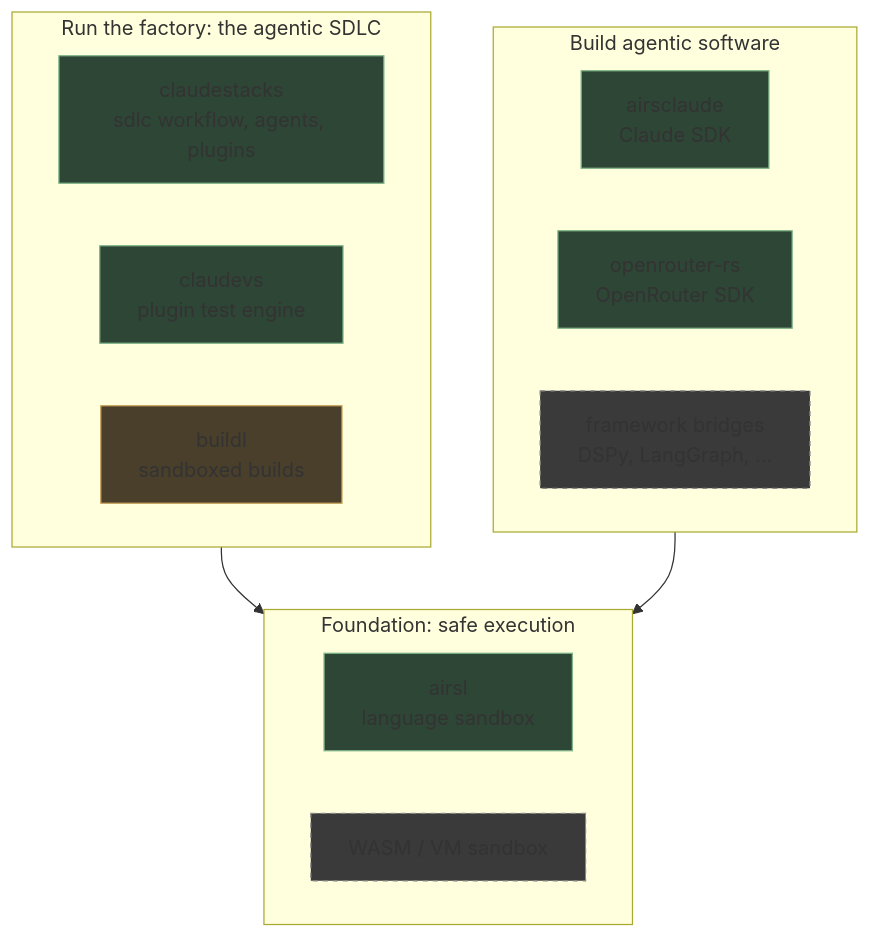
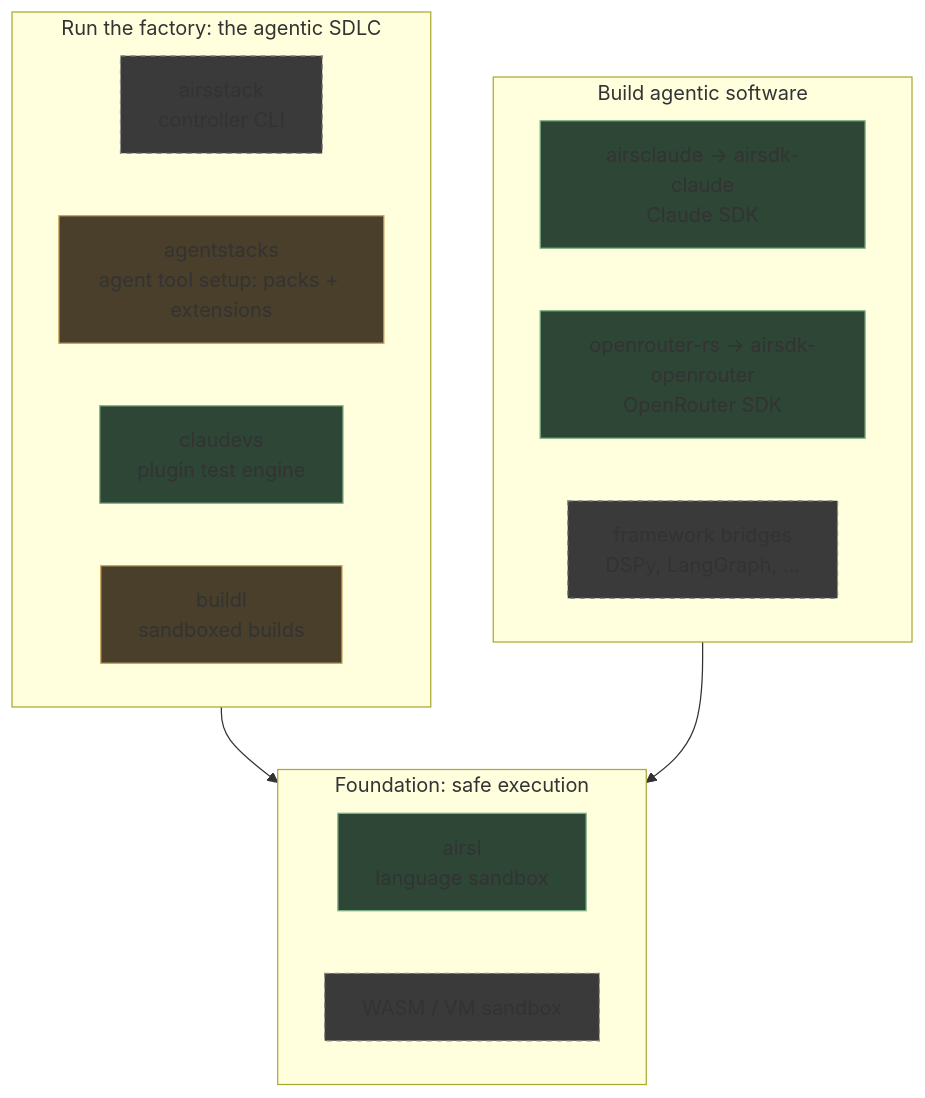
One commit to airsstack/.github changed the diagram in profile/README.md. Above: the diagram before and after it, drawn with Mermaid. The commit also changed other lines of this file, not shown here.

First line of the commit message:
docs(profile): agentstacks released, claudestacks archived

````diff
--- a/profile/README.md
+++ b/profile/README.md
@@ -19,35 +19,37 @@
 ```mermaid
 %% airsstack map
 flowchart TB
     subgraph A["Run the factory: the agentic SDLC"]
         direction LR
-        SDLC["claudestacks<br/>sdlc workflow, agents, plugins"]
+        CTL["airsstack<br/>controller CLI"]
+        SDLC["agentstacks<br/>agent tool setup: packs + extensions"]
         CVS["claudevs<br/>plugin test engine"]
         BUILD["buildl<br/>sandboxed builds"]
     end
 
     subgraph B["Build agentic software"]
         direction LR
-        CLAUDE["airsclaude<br/>Claude SDK"]
-        OR["openrouter-rs<br/>OpenRouter SDK"]
+        CLAUDE["airsclaude → airsdk-claude<br/>Claude SDK"]
+        OR["openrouter-rs → airsdk-openrouter<br/>OpenRouter SDK"]
         BRIDGE["framework bridges<br/>DSPy, LangGraph, ..."]
     end
 
     subgraph F["Foundation: safe execution"]
         direction LR
         AIRSL["airsl<br/>language sandbox"]
         DEEPER["WASM / VM sandbox"]
     end
 
     A --> F
     B --> F
 
-    style SDLC fill:#2e4636,stroke:#7fb589
+    style SDLC fill:#4a3f2a,stroke:#c9a35c
     style CVS fill:#2e4636,stroke:#7fb589
     style CLAUDE fill:#2e4636,stroke:#7fb589
     style OR fill:#2e4636,stroke:#7fb589
     style AIRSL fill:#2e4636,stroke:#7fb589
     style BUILD fill:#4a3f2a,stroke:#c9a35c
+    style CTL fill:#3a3a3a,stroke:#888,stroke-dasharray: 4 4
     style BRIDGE fill:#3a3a3a,stroke:#888,stroke-dasharray: 4 4
     style DEEPER fill:#3a3a3a,stroke:#888,stroke-dasharray: 4 4
 ```
````
